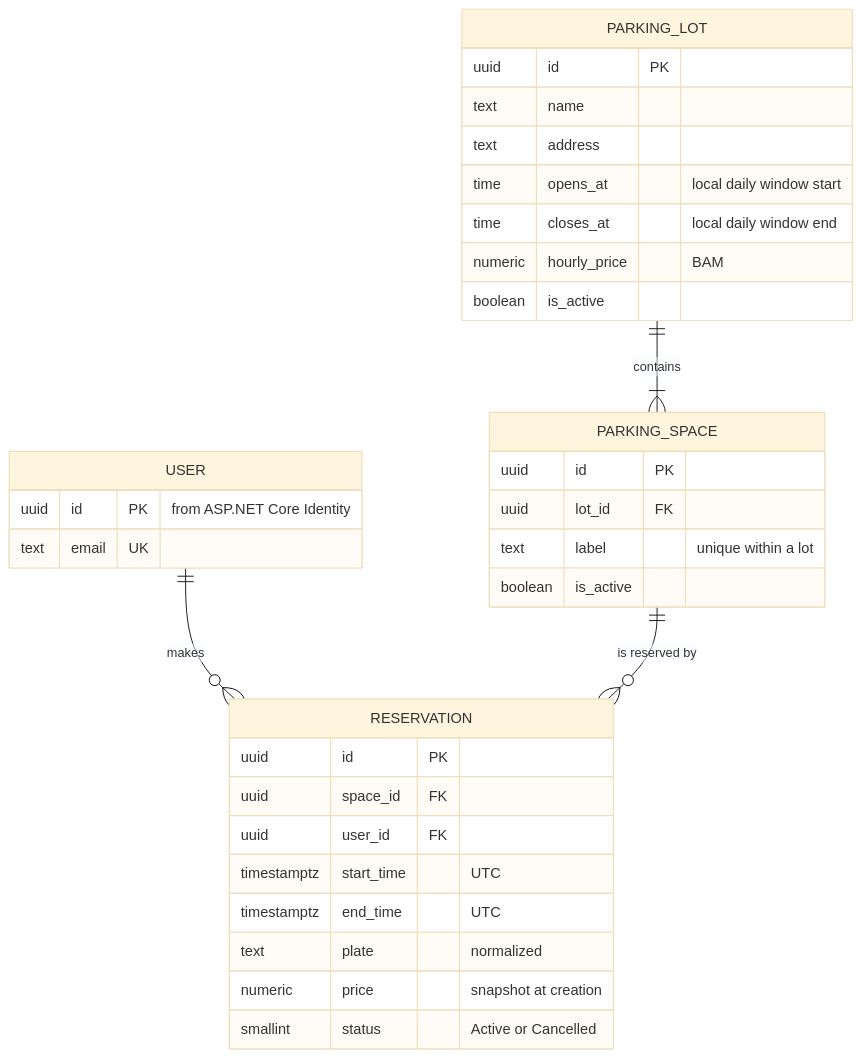
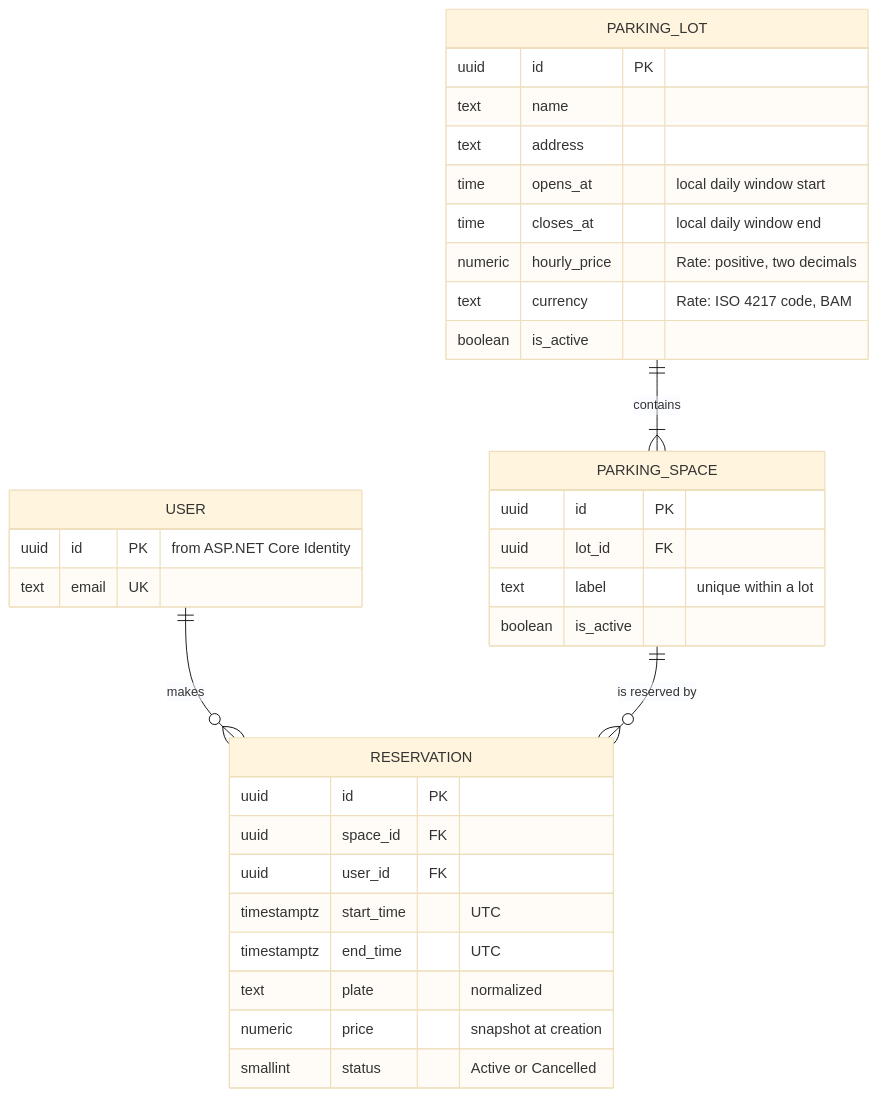
The diagram in docs/product-brief.md (lalana32/citypark), drawn with Mermaid (base theme) before and after one commit. The commit also changed other lines of this file, not shown here.

Commit message:
docs(product): add currency column to parking lot ERD (CP-009)

````diff
--- a/docs/product-brief.md
+++ b/docs/product-brief.md
@@ -135,36 +135,37 @@
 ```mermaid
 erDiagram
     USER ||--o{ RESERVATION : makes
     PARKING_LOT ||--|{ PARKING_SPACE : contains
     PARKING_SPACE ||--o{ RESERVATION : "is reserved by"
 
     USER {
         uuid id PK "from ASP.NET Core Identity"
         text email UK
     }
     PARKING_LOT {
         uuid id PK
         text name
         text address
         time opens_at "local daily window start"
         time closes_at "local daily window end"
-        numeric hourly_price "BAM"
+        numeric hourly_price "Rate: positive, two decimals"
+        text currency "Rate: ISO 4217 code, BAM"
         boolean is_active
     }
     PARKING_SPACE {
         uuid id PK
         uuid lot_id FK
         text label "unique within a lot"
         boolean is_active
     }
     RESERVATION {
         uuid id PK
         uuid space_id FK
         uuid user_id FK
         timestamptz start_time "UTC"
         timestamptz end_time "UTC"
         text plate "normalized"
         numeric price "snapshot at creation"
         smallint status "Active or Cancelled"
     }
 ```
````
